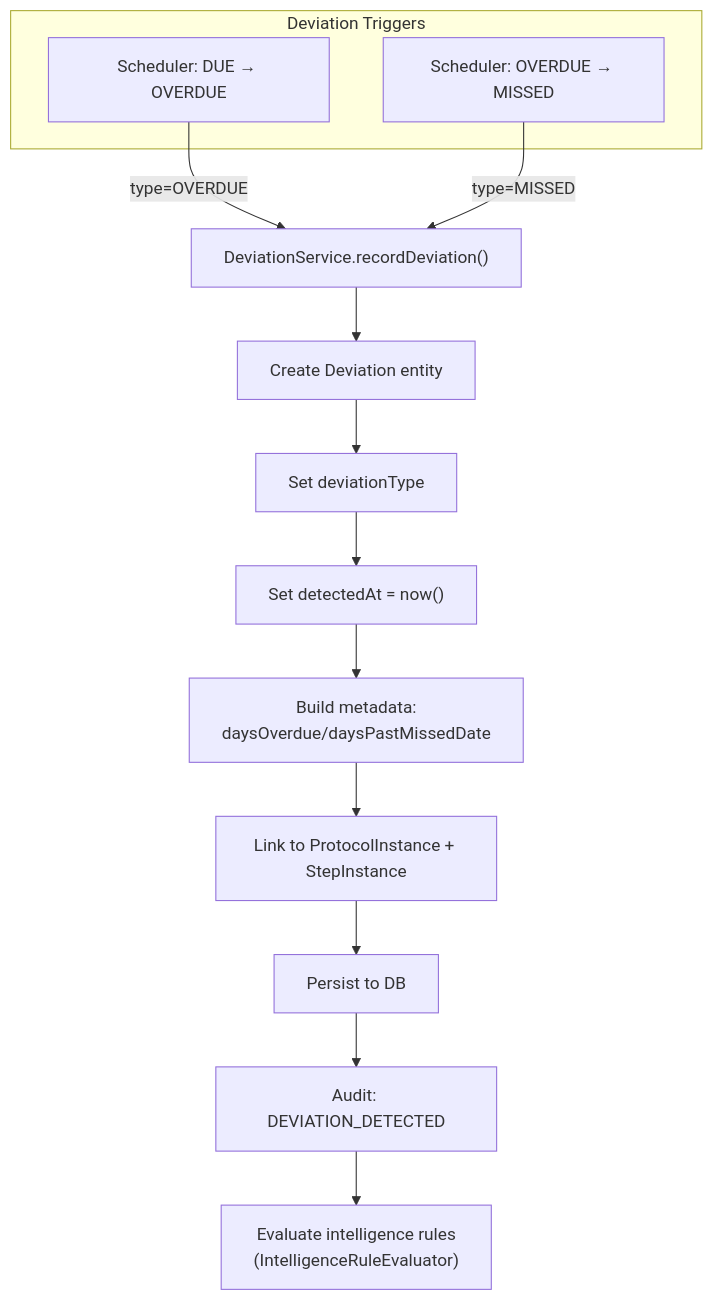
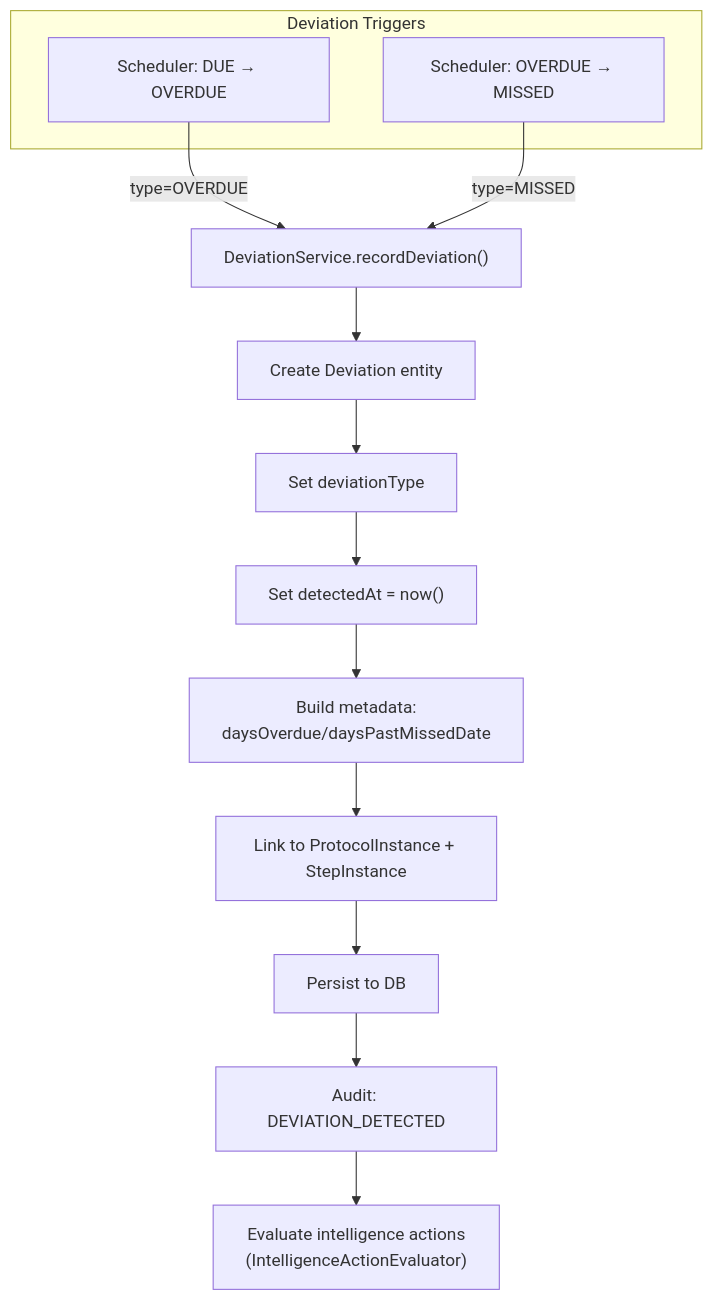
The fifth of 9 diagrams in docs/flow-diagrams.md (Jayaprakash8887/cce-compliance-service), drawn with Mermaid before and after one commit. The commit also changed other lines of this file and 13 other files, not shown here.

Commit message:
Update to resolve confusion between rule and action

````diff
--- a/docs/flow-diagrams.md
+++ b/docs/flow-diagrams.md
@@ -265,20 +265,20 @@
 ```mermaid
 flowchart TD
     subgraph "Deviation Triggers"
         T1["Scheduler: DUE → OVERDUE"]
         T2["Scheduler: OVERDUE → MISSED"]
     end
 
     T1 -->|"type=OVERDUE"| RD
     T2 -->|"type=MISSED"| RD
 
     RD["DeviationService.recordDeviation()"]
     RD --> D1["Create Deviation entity"]
     D1 --> D2["Set deviationType"]
     D2 --> D3["Set detectedAt = now()"]
     D3 --> D4["Build metadata:<br/>daysOverdue/daysPastMissedDate"]
     D4 --> D5["Link to ProtocolInstance + StepInstance"]
     D5 --> D6["Persist to DB"]
     D6 --> D7["Audit: DEVIATION_DETECTED"]
-    D7 --> D8["Evaluate intelligence rules<br/>(IntelligenceRuleEvaluator)"]
+    D7 --> D8["Evaluate intelligence actions<br/>(IntelligenceActionEvaluator)"]
 ```
````
